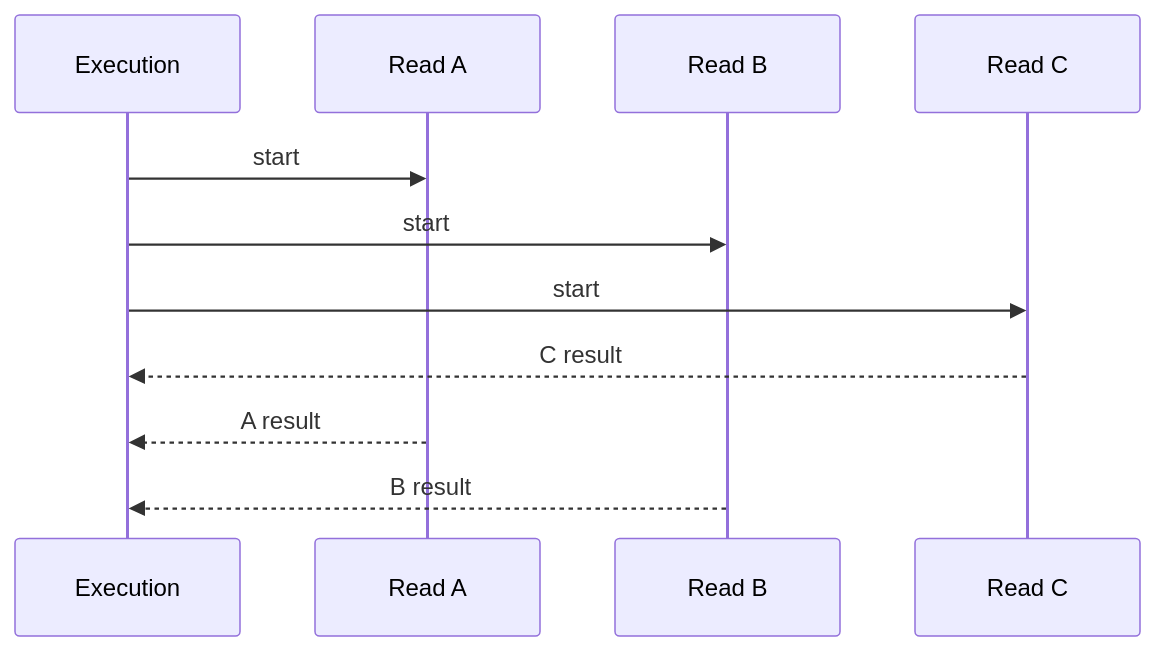
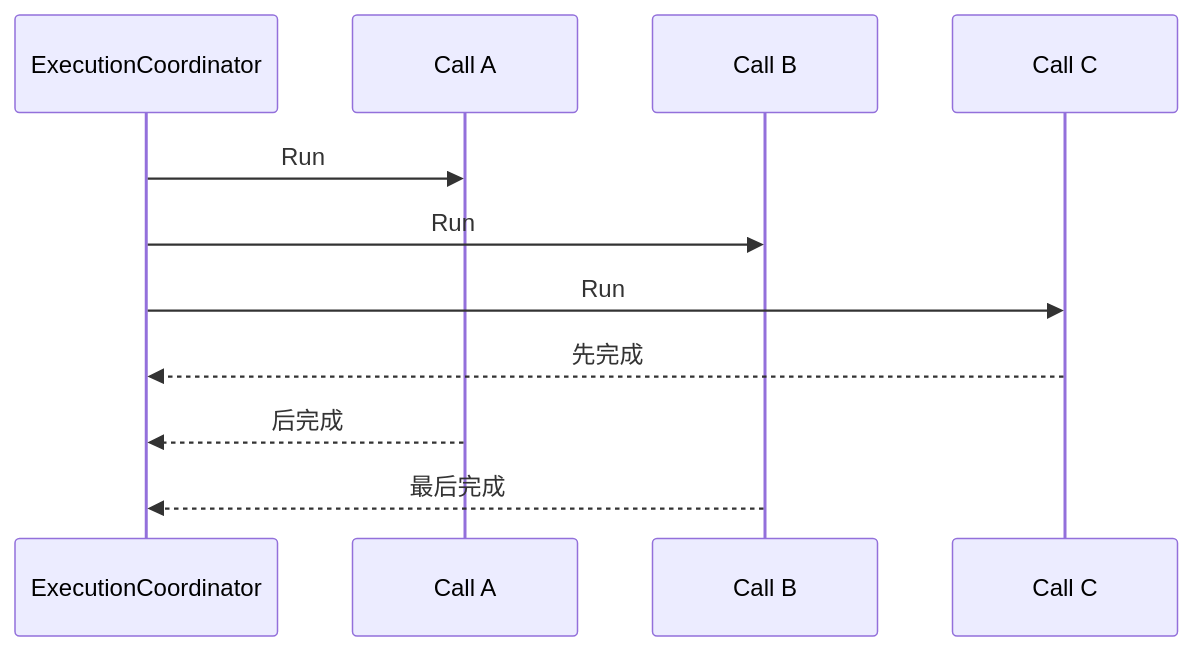
The sixth of 13 diagrams in docs/06-execution-and-concurrency.md (Arthur999459up/GitAgent), drawn with Mermaid before and after one commit. The commit also changed other lines of this file and 3 other files, not shown here.

````diff
--- a/docs/06-execution-and-concurrency.md
+++ b/docs/06-execution-and-concurrency.md
@@ -147,13 +325,14 @@
 ```mermaid
 sequenceDiagram
-    participant E as Execution
-    participant A as Read A
-    participant B as Read B
-    participant C as Read C
-    E->>A: start
-    E->>B: start
-    E->>C: start
-    C-->>E: C result
-    A-->>E: A result
-    B-->>E: B result
+    participant E as ExecutionCoordinator
+    participant A as Call A
+    participant B as Call B
+    participant C as Call C
+
+    E->>A: Run
+    E->>B: Run
+    E->>C: Run
+    C-->>E: 先完成
+    A-->>E: 后完成
+    B-->>E: 最后完成
 ```
````
